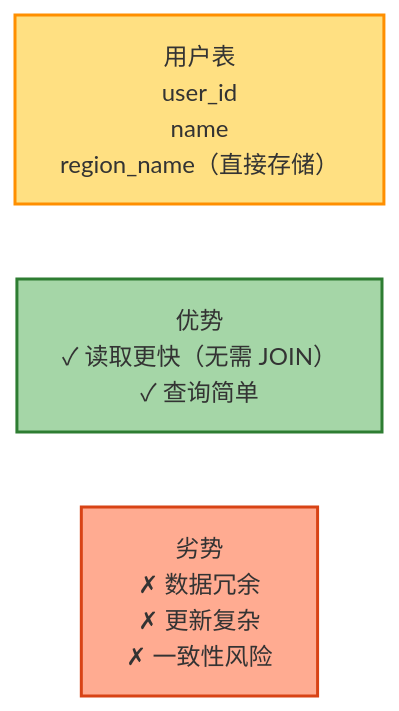
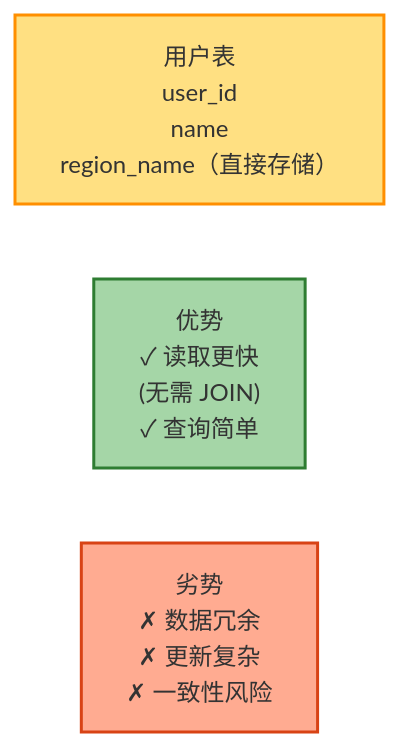
The fifth of 11 diagrams in docs/notes/ddia/part1-foundations/chapter-03.md (HenryThomas9587/henry.github.io), drawn with Mermaid before and after one commit. The commit also changed other lines of this file and 11 other files, not shown here.

First line of the commit message:
fix(ddia): 修复 VuePress 构建错误和 mermaid 图表文字截断问题

````diff
--- a/docs/notes/ddia/part1-foundations/chapter-03.md
+++ b/docs/notes/ddia/part1-foundations/chapter-03.md
@@ -175,11 +177,11 @@
 ```mermaid
 graph LR
     A["用户表<br/>user_id<br/>name<br/>region_name（直接存储）"]
 
-    B["优势<br/>✓ 读取更快（无需 JOIN）<br/>✓ 查询简单"]
+    B["优势<br/>✓ 读取更快<br/>  (无需 JOIN)<br/>✓ 查询简单"]
     C["劣势<br/>✗ 数据冗余<br/>✗ 更新复杂<br/>✗ 一致性风险"]
 
     style A fill:#FFE082,stroke:#FF8F00,stroke-width:2px
     style B fill:#A5D6A7,stroke:#2E7D32,stroke-width:2px
     style C fill:#FFAB91,stroke:#D84315,stroke-width:2px
 ```
````
